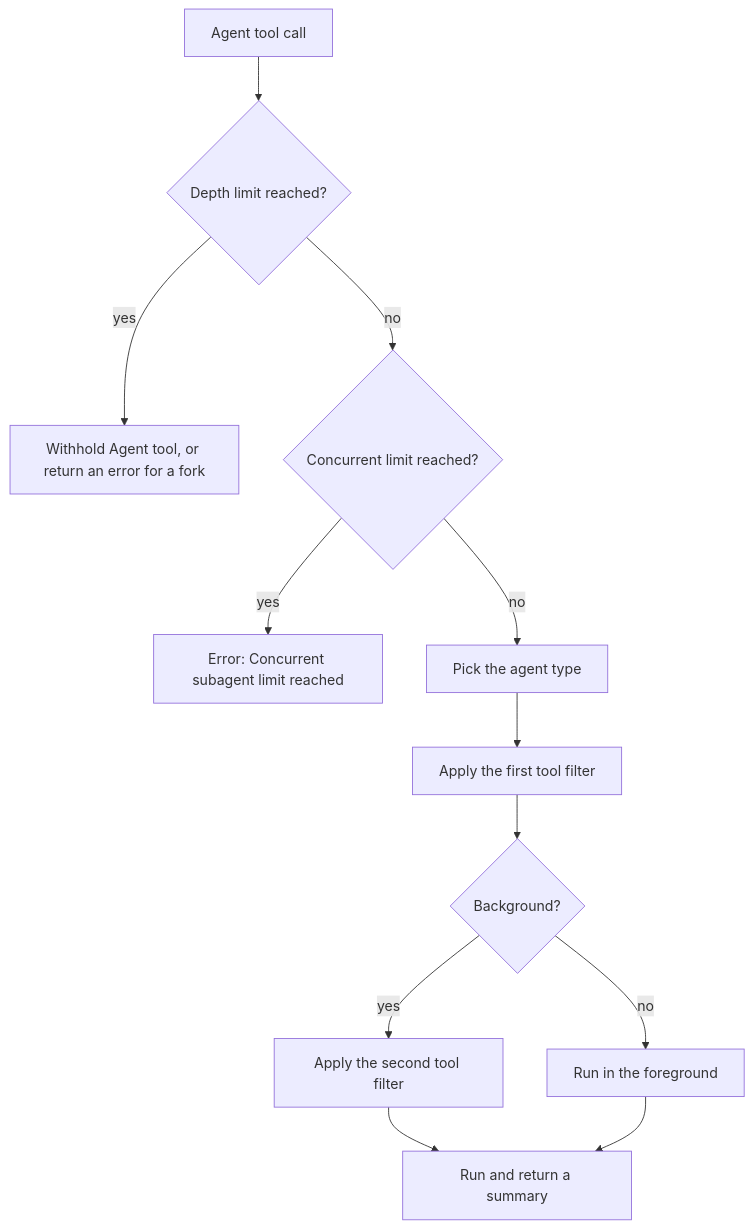
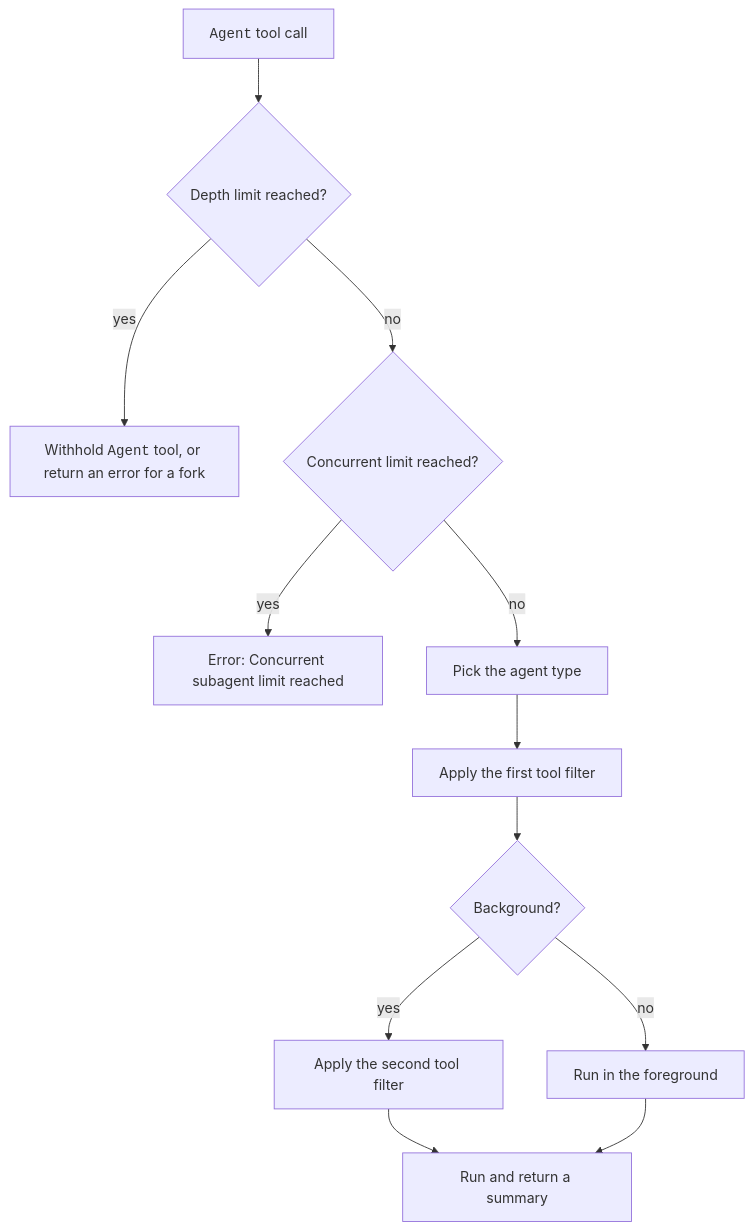
One commit to xsyetopz/claude-code-docs changed the diagram in docs/extend/subagents/runtime.md. Above: the diagram before and after it, drawn with Mermaid. The commit also changed other lines of this file and 164 other files, not shown here.

First line of the commit message:
docs: linked citations, yes/no markers, file trees, code in diagrams

````diff
--- a/docs/extend/subagents/runtime.md
+++ b/docs/extend/subagents/runtime.md
@@ -96,14 +96,14 @@
 ```mermaid
 flowchart TD
-    A[Agent tool call] --> B{Depth limit reached?}
-    B -- yes --> C[Withhold Agent tool, or return an error for a fork]
+    A["<code>Agent</code> tool call"] --> B{Depth limit reached?}
+    B -- yes --> C["Withhold <code>Agent</code> tool, or return an error for a fork"]
     B -- no --> D{Concurrent limit reached?}
     D -- yes --> E[Error: Concurrent subagent limit reached]
     D -- no --> F[Pick the agent type]
     F --> G[Apply the first tool filter]
     G --> H{Background?}
     H -- yes --> I[Apply the second tool filter]
     H -- no --> J[Run in the foreground]
     I --> K[Run and return a summary]
     J --> K
 ```
````
